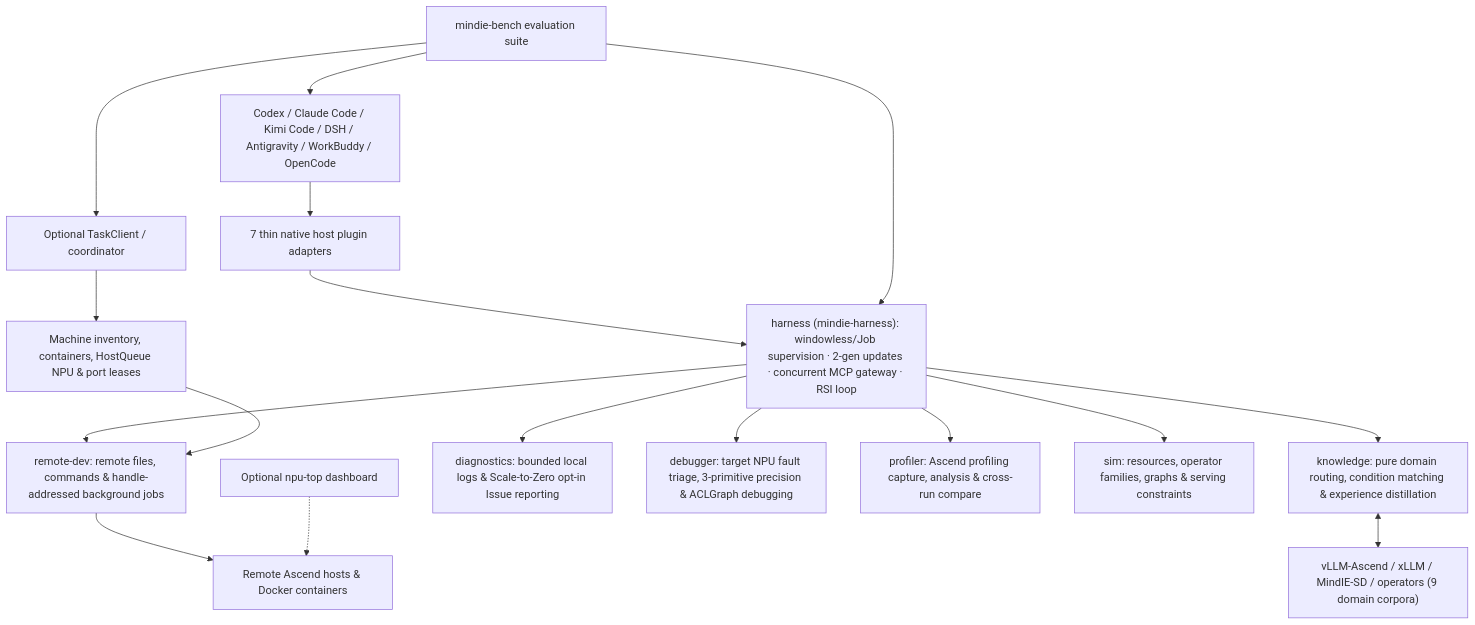
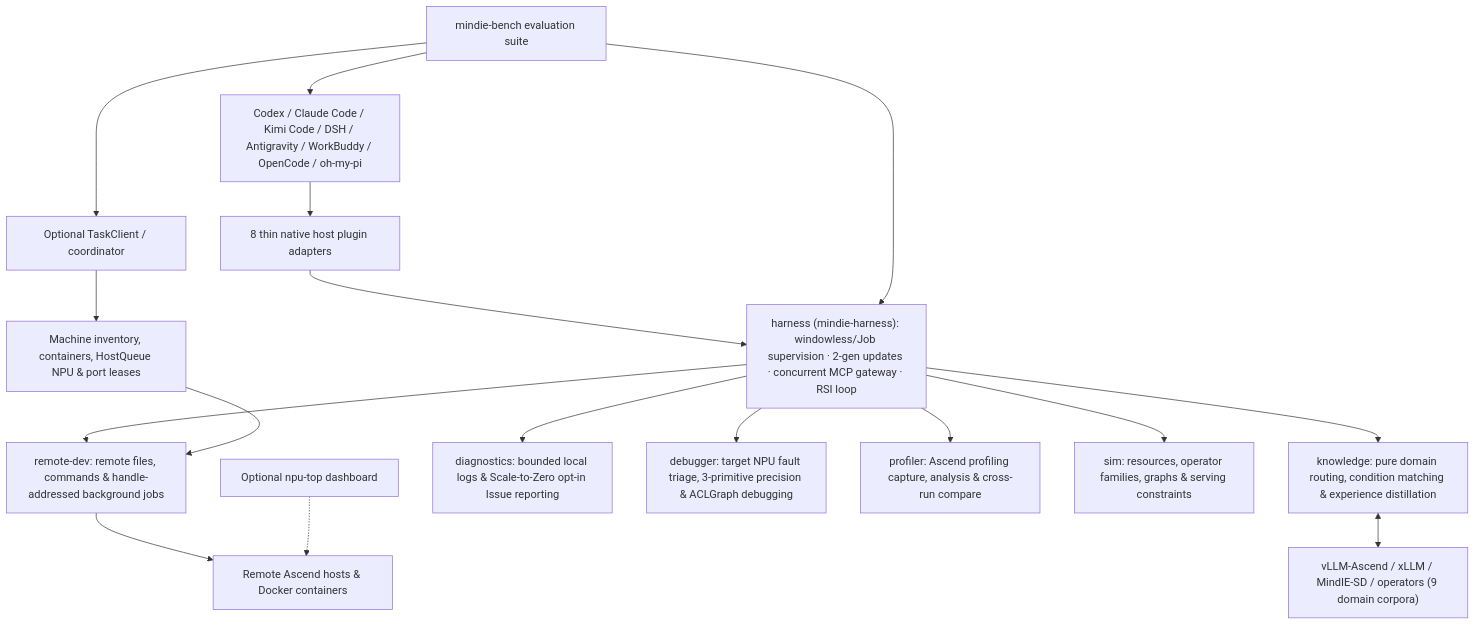
One commit to mindie-agent/mindie-agent changed the diagram in docs/architecture.en.md. Above: the diagram before and after it, drawn with Mermaid. The commit also changed other lines of this file and 15 other files, not shown here.

````diff
--- a/docs/architecture.en.md
+++ b/docs/architecture.en.md
@@ -11,19 +11,19 @@
 ```mermaid
 flowchart TB
-    H["Codex / Claude Code / Kimi Code / DSH / Antigravity / WorkBuddy / OpenCode"] --> P["7 thin native host plugin adapters"]
+    H["Codex / Claude Code / Kimi Code / DSH / Antigravity / WorkBuddy / OpenCode / oh-my-pi"] --> P["8 thin native host plugin adapters"]
     P --> HS["harness (mindie-harness): windowless/Job supervision · 2-gen updates · concurrent MCP gateway · RSI loop"]
     HS --> K["knowledge: pure domain routing, condition matching & experience distillation"]
     HS --> R["remote-dev: remote files, commands & handle-addressed background jobs"]
     HS --> D["diagnostics: bounded local logs & Scale-to-Zero opt-in Issue reporting"]
     HS --> DB["debugger: target NPU fault triage, 3-primitive precision & ACLGraph debugging"]
     HS --> PR["profiler: Ascend profiling capture, analysis & cross-run compare"]
     HS --> S["sim: resources, operator families, graphs & serving constraints"]
     K <--> F["vLLM-Ascend / xLLM / MindIE-SD / operators (9 domain corpora)"]
     T["Optional TaskClient / coordinator"] --> Q["Machine inventory, containers, HostQueue NPU & port leases"]
     Q --> R
     R --> N["Remote Ascend hosts & Docker containers"]
     M["Optional npu-top dashboard"] -.-> N
     B["mindie-bench evaluation suite"] --> T
     B --> HS
     B --> H
 ```
````
